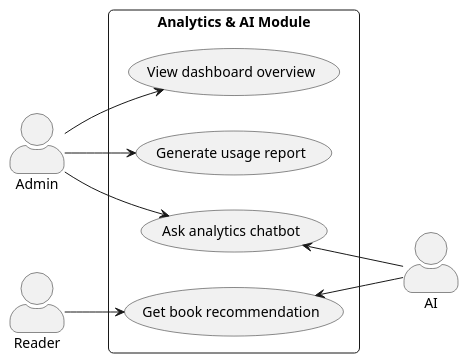
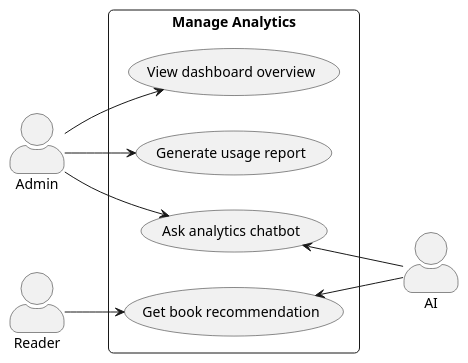
One commit to APC-SoCIT-TechKalang/SORA-Smart-Organized-Reading-Adventure changed the diagram in docs/MSYADD1/Multi Module Use Case Diagram/TechKalang_UCD_ManageAnalytics.puml. Above: the diagram before and after it, drawn with PlantUML.

Commit message:
Update use case diagram for Manage Analytics module

```diff
--- a/docs/MSYADD1/Multi Module Use Case Diagram/TechKalang_UCD_ManageAnalytics.puml
+++ b/docs/MSYADD1/Multi Module Use Case Diagram/TechKalang_UCD_ManageAnalytics.puml
@@ -1,32 +1,32 @@
 @startuml
 left to right direction
 skinparam packageStyle rectangle
 skinparam roundcorner 10
 skinparam actorStyle awesome
 
 ' Define Actors
 actor "Admin" as admin
 actor "Reader" as reader
 actor "AI" as ai
 
 ' Define Module & Use Cases
-rectangle "Analytics & AI Module" {
+rectangle "Manage Analytics" {
     usecase "View dashboard overview" as UC_Overview
     usecase "Generate usage report" as UC_GenReport
     usecase "Ask analytics chatbot" as UC_AskChatbot
     usecase "Get book recommendation" as UC_GetRec
 }
 
 ' Admin Connections
 admin --> UC_Overview
 admin --> UC_GenReport
 admin --> UC_AskChatbot
 
 ' Reader Connections
 reader --> UC_GetRec
 
 ' AI Connections
 UC_AskChatbot <-- ai
 UC_GetRec <-- ai
 
 @enduml
```
